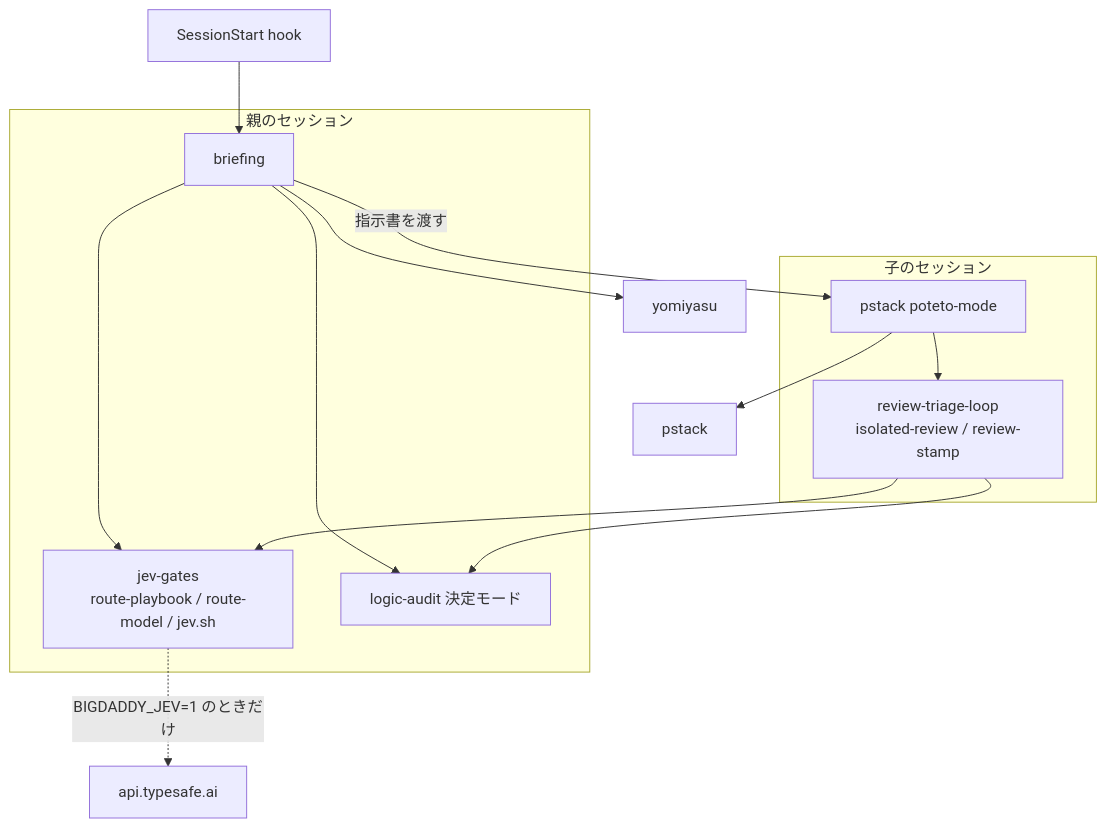
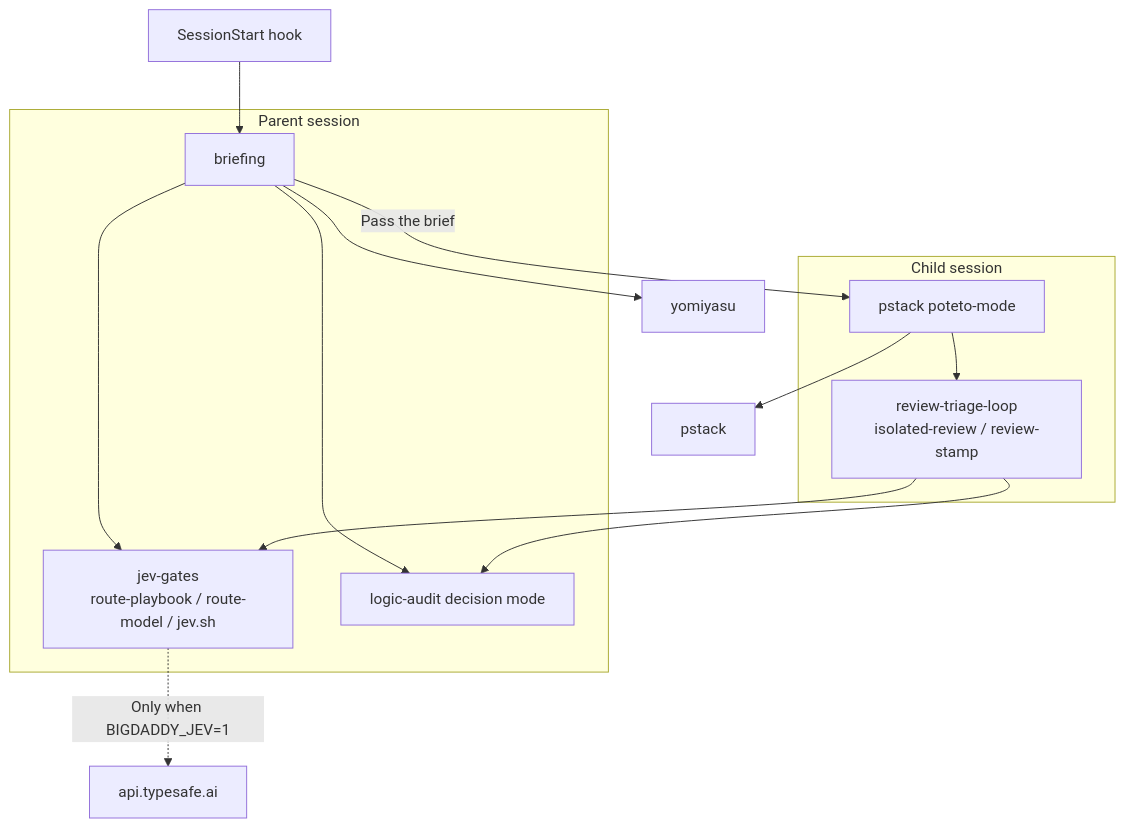
Before and after one commit to iamyosei/bigdaddy: the first of 5 diagrams in docs/internals.md, drawn with Mermaid. The commit also changed other lines of this file and 8 other files, not shown here.

````diff
--- a/docs/internals.md
+++ b/docs/internals.md
@@ -23,17 +23,17 @@
 ```mermaid
 flowchart TB
     SS["SessionStart hook"] --> BR["briefing"]
-    subgraph parent["親のセッション"]
+    subgraph parent["Parent session"]
         BR --> JG["jev-gates<br/>route-playbook / route-model / jev.sh"]
-        BR --> LA["logic-audit 決定モード"]
+        BR --> LA["logic-audit decision mode"]
     end
-    BR -->|"指示書を渡す"| PM["pstack poteto-mode"]
-    subgraph child["子のセッション"]
+    BR -->|"Pass the brief"| PM["pstack poteto-mode"]
+    subgraph child["Child session"]
         PM --> RT["review-triage-loop<br/>isolated-review / review-stamp"]
     end
     RT --> JG
     RT --> LA
     BR --> YM["yomiyasu"]
     PM --> PS["pstack"]
-    JG -.->|"BIGDADDY_JEV=1 のときだけ"| TS["api.typesafe.ai"]
+    JG -.->|"Only when BIGDADDY_JEV=1"| TS["api.typesafe.ai"]
 ```
````
